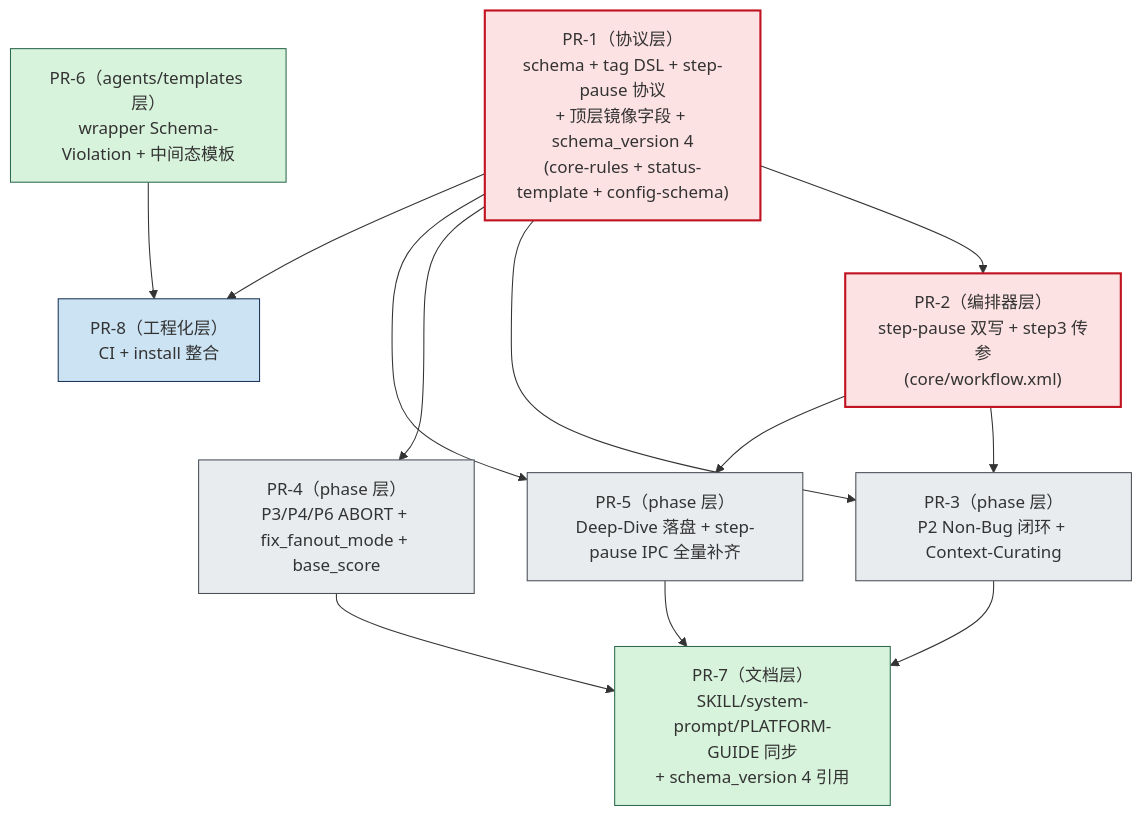
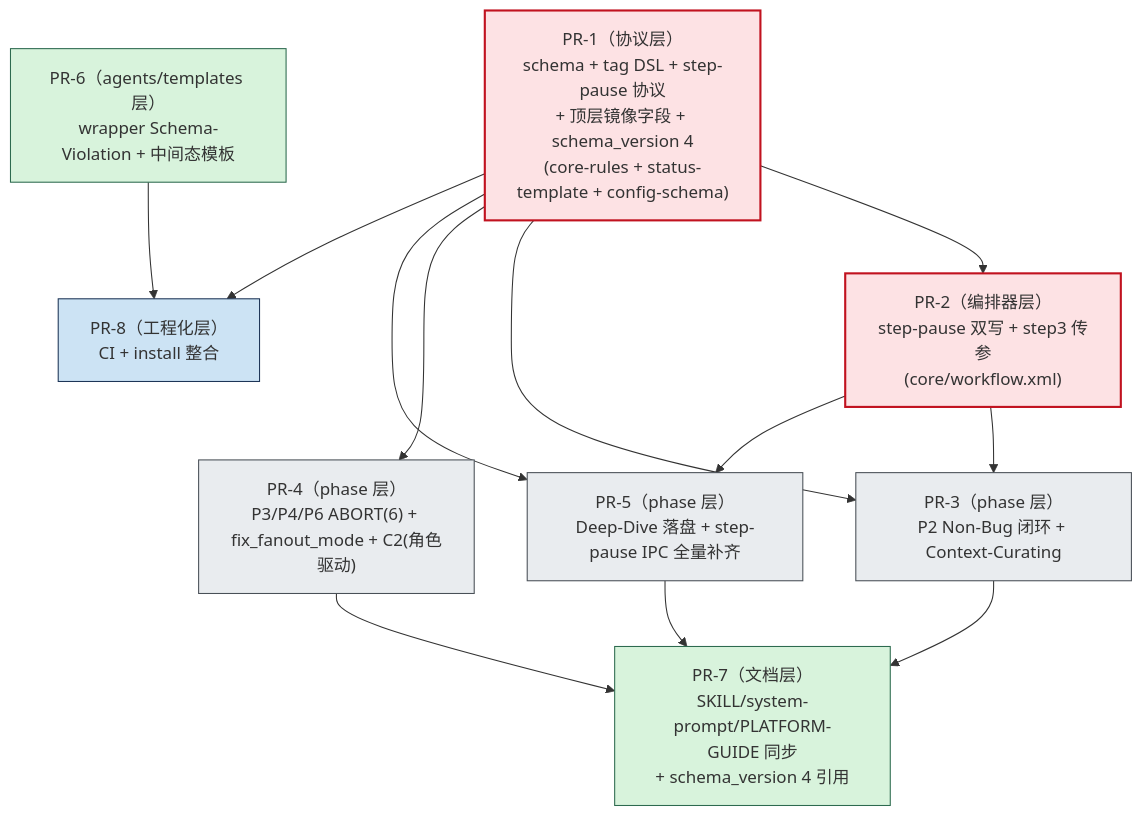
Before and after one commit to code-xs/Loupe: the diagram in mobile-qa-workflow/QUALITY-AUDIT-CONSTRUCTION-PLAN-v2.2.md, drawn with Mermaid. The commit also changed other lines of this file and 7 other files, not shown here.

First line of the commit message:
feat(qa-workflow): PR-4 phase 层 ABORT(6) + fix_fanout_mode 字段隔离 + C2 角色驱动注入 + C5/C9 收口

````diff
--- a/mobile-qa-workflow/QUALITY-AUDIT-CONSTRUCTION-PLAN-v2.2.md
+++ b/mobile-qa-workflow/QUALITY-AUDIT-CONSTRUCTION-PLAN-v2.2.md
@@ -186,33 +186,33 @@
 ```mermaid
 flowchart TD
     PR1["PR-1（协议层）<br/>schema + tag DSL + step-pause 协议<br/>+ 顶层镜像字段 + schema_version 4<br/>(core-rules + status-template + config-schema)"]
     PR2["PR-2（编排器层）<br/>step-pause 双写 + step3 传参<br/>(core/workflow.xml)"]
     PR3["PR-3（phase 层）<br/>P2 Non-Bug 闭环 + Context-Curating"]
-    PR4["PR-4（phase 层）<br/>P3/P4/P6 ABORT + fix_fanout_mode + base_score"]
+    PR4["PR-4（phase 层）<br/>P3/P4/P6 ABORT(6) + fix_fanout_mode + C2(角色驱动)"]
     PR5["PR-5（phase 层）<br/>Deep-Dive 落盘 + step-pause IPC 全量补齐"]
     PR6["PR-6（agents/templates 层）<br/>wrapper Schema-Violation + 中间态模板"]
     PR7["PR-7（文档层）<br/>SKILL/system-prompt/PLATFORM-GUIDE 同步<br/>+ schema_version 4 引用"]
     PR8["PR-8（工程化层）<br/>CI + install 整合"]
 
     PR1 --> PR2
     PR1 --> PR3
     PR1 --> PR4
     PR1 --> PR5
     PR2 --> PR3
     PR2 --> PR5
     PR3 --> PR7
     PR4 --> PR7
     PR5 --> PR7
     PR1 --> PR8
     PR6 --> PR8
 
     classDef proto fill:#fde2e4,stroke:#c1121f,stroke-width:2px
     classDef phase fill:#e9ecef,stroke:#495057
     classDef doc fill:#d8f3dc,stroke:#2d6a4f
     classDef ci fill:#cce3f4,stroke:#1d3557
 
     class PR1,PR2 proto
     class PR3,PR4,PR5 phase
     class PR6,PR7 doc
     class PR8 ci
 ```
````
